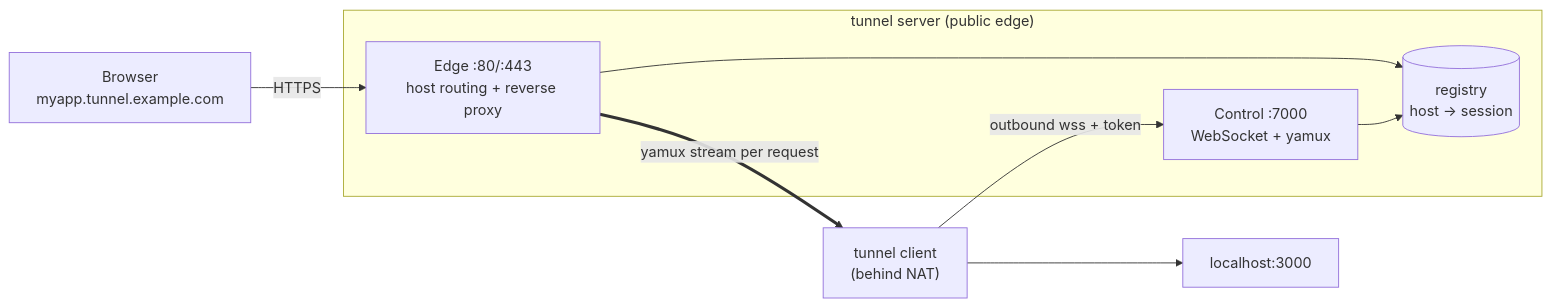
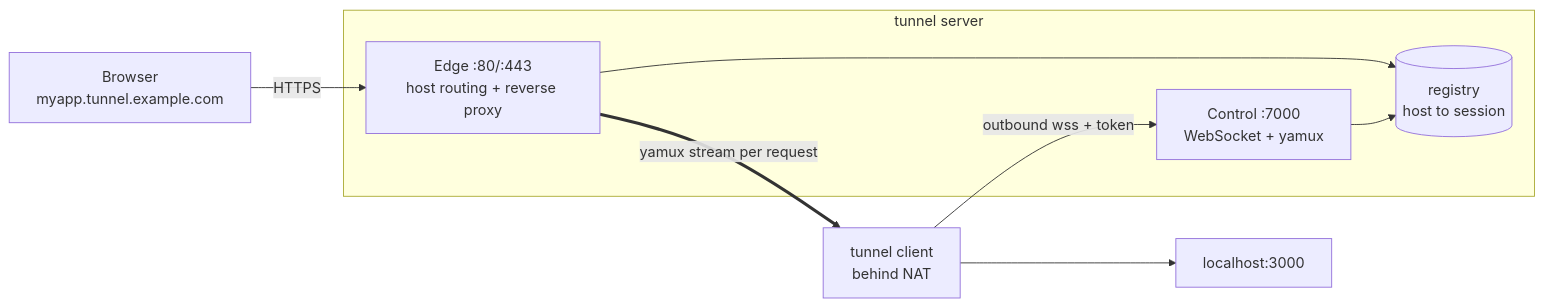
The first of 2 diagrams in README.md (ur-link/tunnel), drawn with Mermaid before and after one commit. The commit also changed other lines of this file and 2 other files, not shown here.

First line of the commit message:
docs: put one-command Get Started at top of README; fix all Mermaid

````diff
--- a/README.md
+++ b/README.md
@@ -7,14 +23,17 @@
 ```mermaid
 flowchart LR
   B["Browser<br/>myapp.tunnel.example.com"]
-  subgraph SRV["tunnel server (public edge)"]
+  subgraph SRV["tunnel server"]
     E["Edge :80/:443<br/>host routing + reverse proxy"]
     C["Control :7000<br/>WebSocket + yamux"]
-    RG[("registry<br/>host → session")]
+    RG[("registry<br/>host to session")]
   end
-  CL["tunnel client<br/>(behind NAT)"]
+  CL["tunnel client<br/>behind NAT"]
   APP["localhost:3000"]
-  B -->|HTTPS| E --> RG
-  CL -->|"outbound wss + token"| C --> RG
-  E ==>|"yamux stream per request"| CL --> APP
+  B -->|HTTPS| E
+  E --> RG
+  CL -->|"outbound wss + token"| C
+  C --> RG
+  E ==>|"yamux stream per request"| CL
+  CL --> APP
 ```
````
